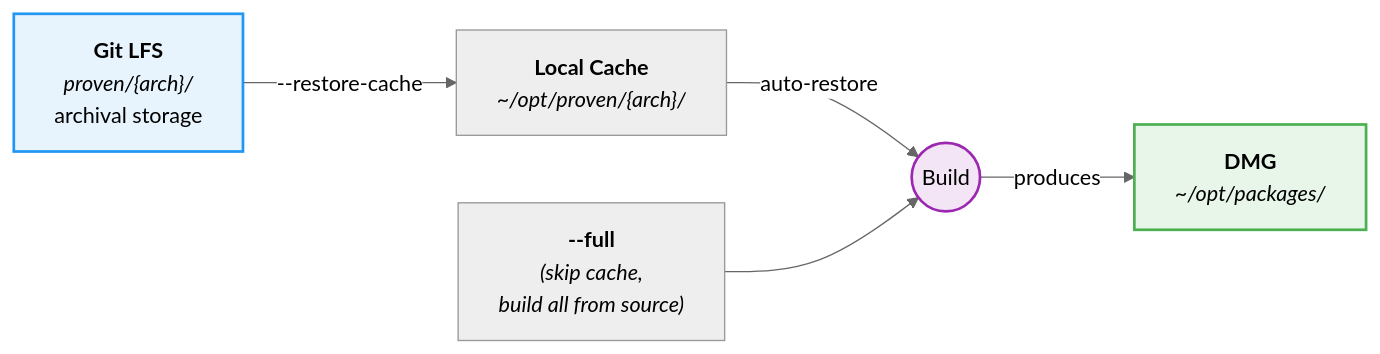
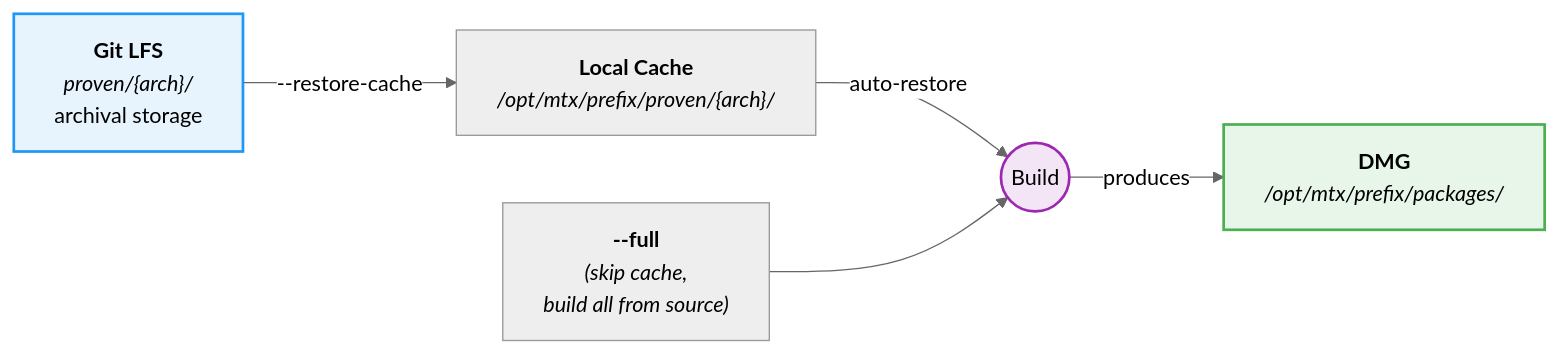
One commit to CorticalCode/mkvtoolnix-gui-macos changed the third of 5 diagrams in docs/build-workflow.md. Above: the diagram before and after it, drawn with Mermaid (neutral theme). The commit also changed other lines of this file and 7 other files, not shown here.

````diff
--- a/docs/build-workflow.md
+++ b/docs/build-workflow.md
@@ -86,17 +86,17 @@
 ```mermaid
 flowchart LR
     LFS["<b>Git LFS</b><br/><i>proven/{arch}/</i><br/>archival storage"]
-    LC["<b>Local Cache</b><br/><i>~/opt/proven/{arch}/</i>"]
+    LC["<b>Local Cache</b><br/><i>/opt/mtx/prefix/proven/{arch}/</i>"]
     BUILD(("Build"))
-    PKG["<b>DMG</b><br/><i>~/opt/packages/</i>"]
+    PKG["<b>DMG</b><br/><i>/opt/mtx/prefix/packages/</i>"]
     FULL["<b>--full</b><br/><i>(skip cache,<br/>build all from source)</i>"]
 
     LFS -->|"--restore-cache"| LC
     LC -->|"auto-restore"| BUILD
     FULL --> BUILD
     BUILD -->|"produces"| PKG
 
     style LFS fill:#e8f4fd,stroke:#2196f3,stroke-width:2px,color:#000
     style PKG fill:#e8f5e9,stroke:#4caf50,stroke-width:2px,color:#000
     style BUILD fill:#f3e5f5,stroke:#9c27b0,stroke-width:2px,color:#000
 ```
````
